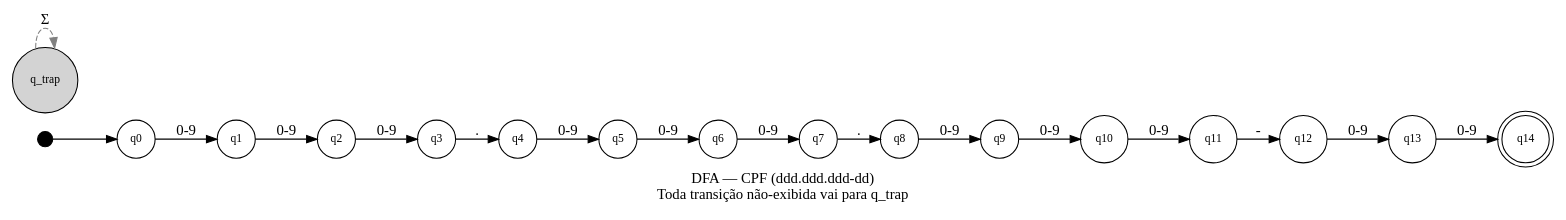
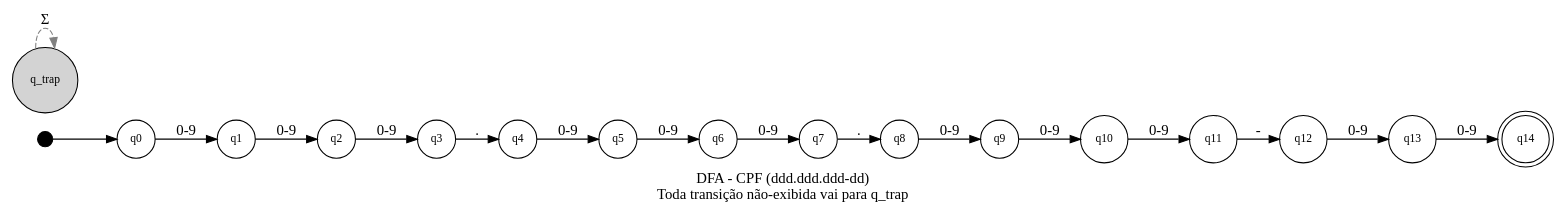
The diagram in diagramas/dfa_regular.dot (ZarkAtroz/cadastro_e_integridade), drawn with Graphviz before and after one commit. The commit also changed 16 other files, not shown here.

```diff
--- a/diagramas/dfa_regular.dot
+++ b/diagramas/dfa_regular.dot
@@ -1,32 +1,32 @@
 digraph DFA_CPF {
     rankdir=LR;
-    label="DFA — CPF (ddd.ddd.ddd-dd)\nToda transição não-exibida vai para q_trap";
+    label="DFA - CPF (ddd.ddd.ddd-dd)\nToda transição não-exibida vai para q_trap";
     labelloc=b;
     fontsize=14;
     node [shape=circle, fontsize=11];
 
     __start [shape=point, width=0.2];
     __start -> q0;
 
     q14 [shape=doublecircle];
     q_trap [label="q_trap", style=filled, fillcolor=lightgrey, shape=circle];
 
-    // Fluxo principal — caminho feliz
+    // Fluxo principal - caminho feliz
     q0  -> q1  [label="0-9"];
     q1  -> q2  [label="0-9"];
     q2  -> q3  [label="0-9"];
     q3  -> q4  [label="."];
     q4  -> q5  [label="0-9"];
     q5  -> q6  [label="0-9"];
     q6  -> q7  [label="0-9"];
     q7  -> q8  [label="."];
     q8  -> q9  [label="0-9"];
     q9  -> q10 [label="0-9"];
     q10 -> q11 [label="0-9"];
     q11 -> q12 [label="-"];
     q12 -> q13 [label="0-9"];
     q13 -> q14 [label="0-9"];
 
     // Trap absorve tudo (única aresta visível do trap)
     q_trap -> q_trap [label="Σ", style=dashed, color=grey];
 }
```
